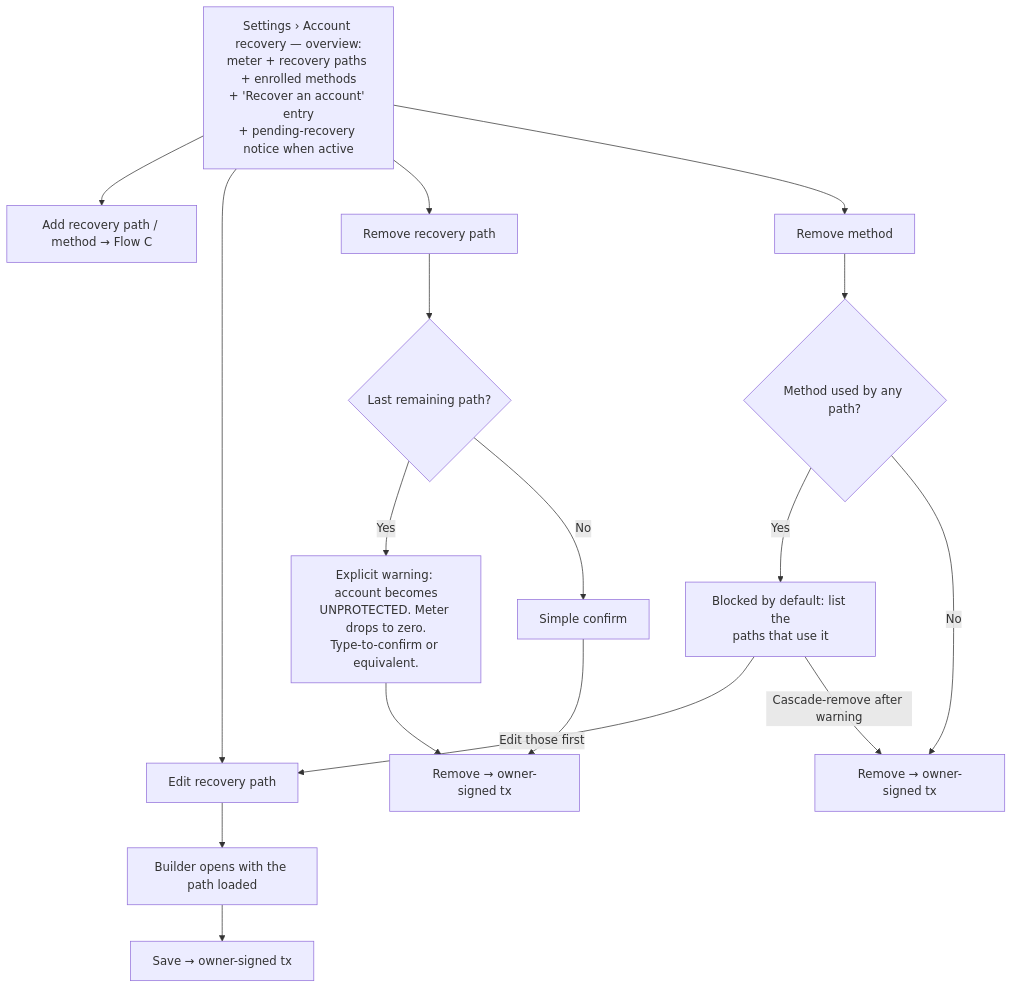
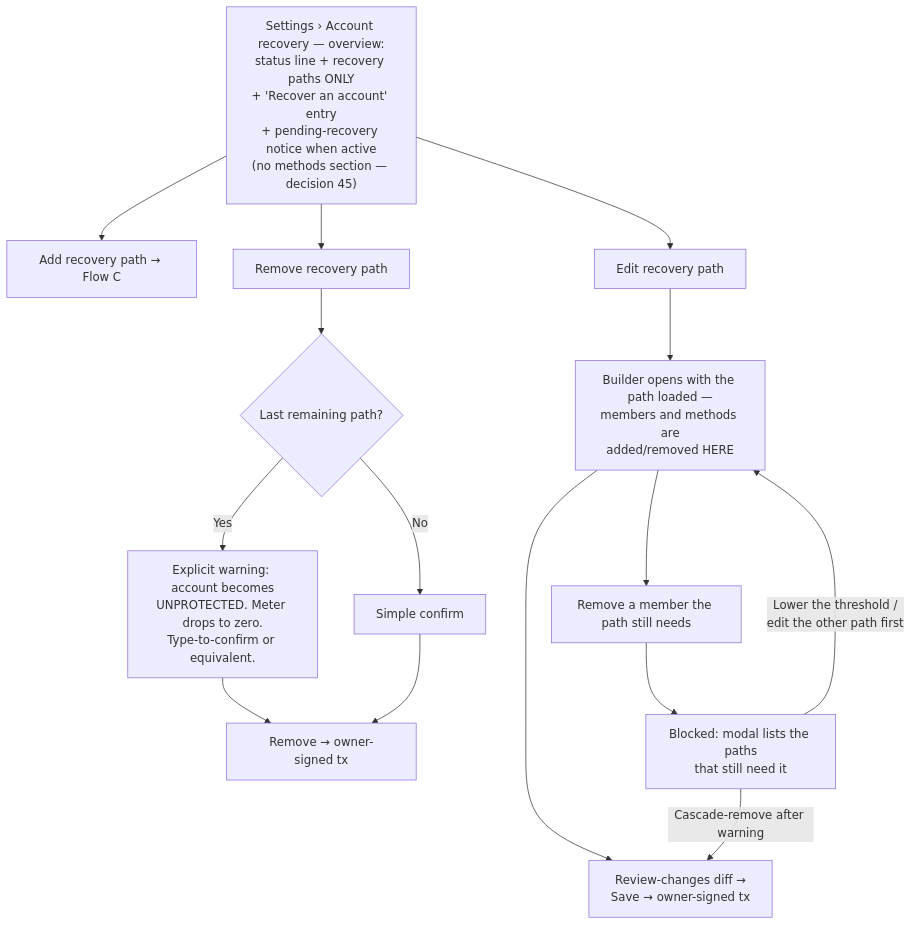
One commit to FiboAtWonder/kohaku-extension changed diagram 14 of 14 in social-recovery-ux-flows.md. Above: the diagram before and after it, drawn with Mermaid. The commit also changed other lines of this file, not shown here.

````diff
--- a/social-recovery-ux-flows.md
+++ b/social-recovery-ux-flows.md
@@ -498,24 +506,22 @@
 ```mermaid
 flowchart TD
-    A["Settings › Account recovery — overview:<br/>meter + recovery paths + enrolled methods<br/>+ 'Recover an account' entry<br/>+ pending-recovery notice when active"] --> B[Add recovery path / method → Flow C]
+    A["Settings › Account recovery — overview:<br/>status line + recovery paths ONLY<br/>+ 'Recover an account' entry<br/>+ pending-recovery notice when active<br/>(no methods section — decision 45)"] --> B[Add recovery path → Flow C]
     A --> C[Edit recovery path]
     A --> D[Remove recovery path]
-    A --> E[Remove method]
 
-    C --> C1[Builder opens with the path loaded]
-    C1 --> C2[Save → owner-signed tx]
+    C --> C1["Builder opens with the path loaded —<br/>members and methods are<br/>added/removed HERE"]
+    C1 --> E["Remove a member the path still needs"]
+    C1 --> C2["Review-changes diff →<br/>Save → owner-signed tx"]
 
     D --> D1{"Last remaining path?"}
     D1 -- Yes --> D2["Explicit warning: account becomes<br/>UNPROTECTED. Meter drops to zero.<br/>Type-to-confirm or equivalent."]
     D1 -- No --> D3[Simple confirm]
     D2 --> D4[Remove → owner-signed tx]
     D3 --> D4
 
-    E --> E1{"Method used by any path?"}
-    E1 -- Yes --> E2["Blocked by default: list the<br/>paths that use it"]
-    E2 -->|Edit those first| C
-    E2 -->|Cascade-remove after warning| E3
-    E1 -- No --> E3[Remove → owner-signed tx]
+    E --> E2["Blocked: modal lists the paths<br/>that still need it"]
+    E2 -->|Lower the threshold /<br/>edit the other path first| C1
+    E2 -->|Cascade-remove after warning| C2
 
     click B href "#flow-c--recovery-setup"
 ```
````
